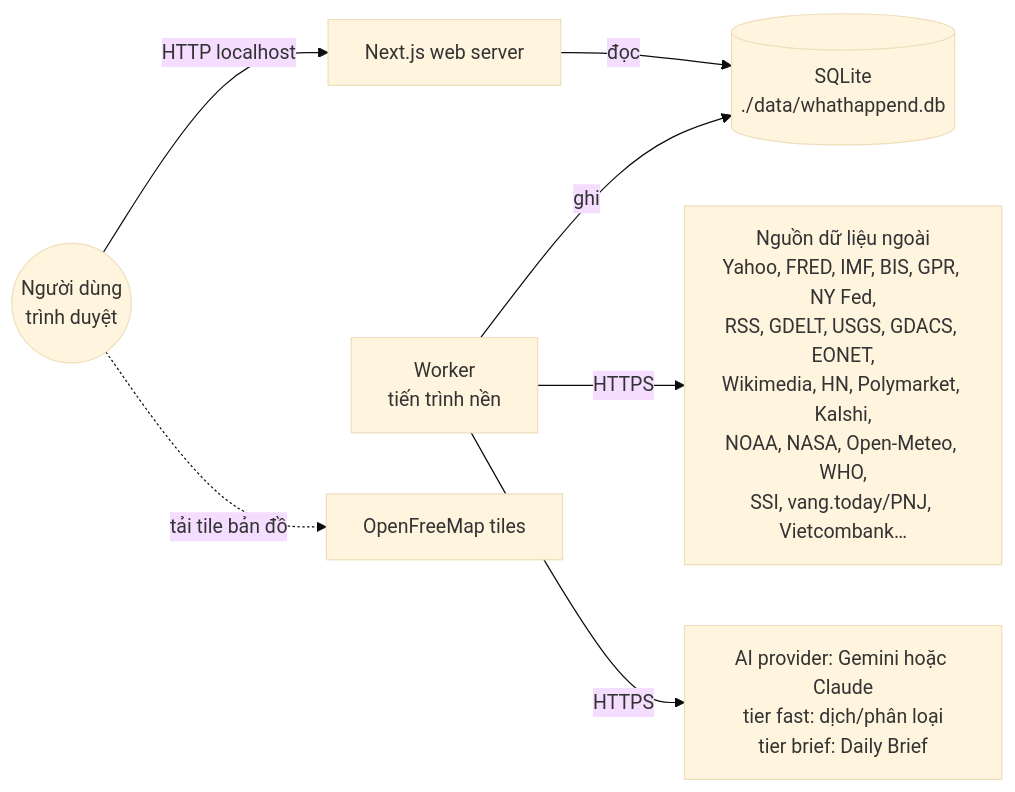
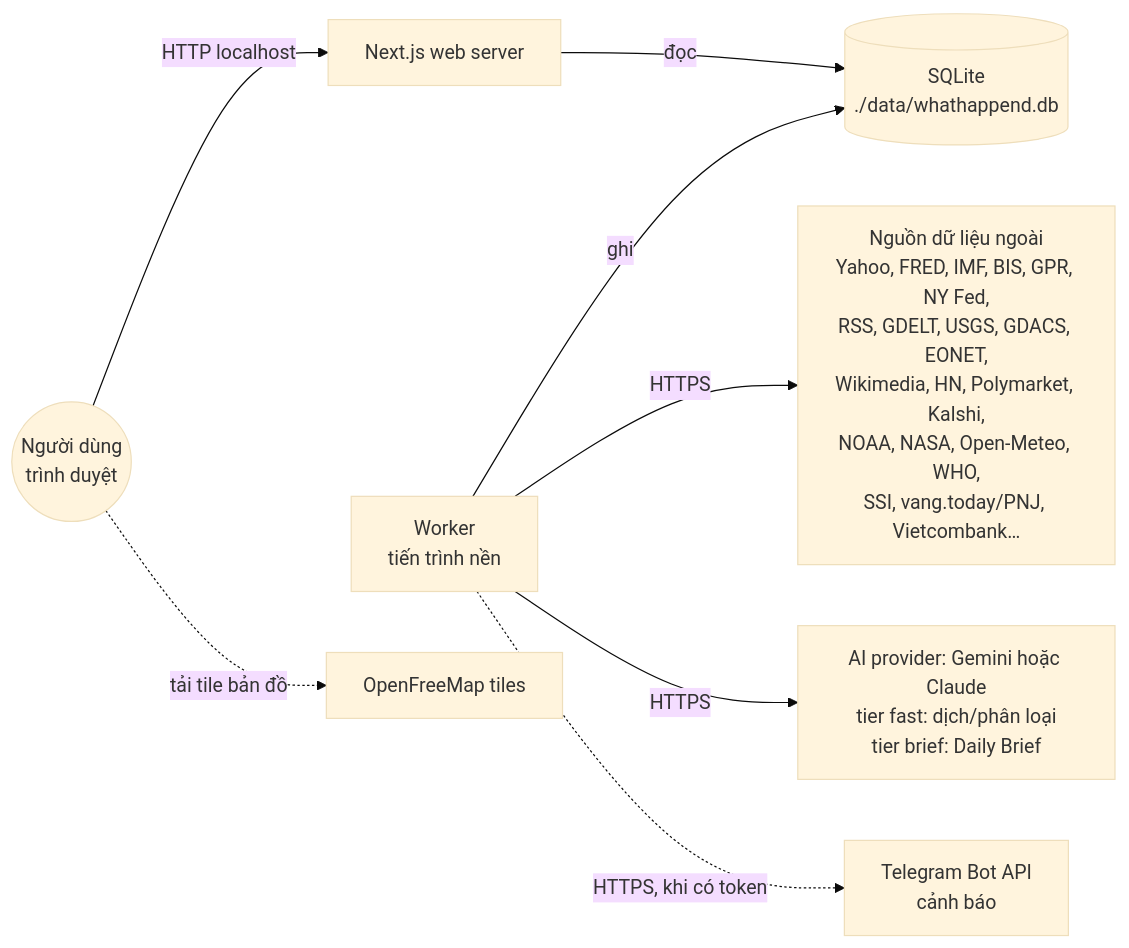
The diagram in TechDesign/HLDD/HLDD.md (leezuho/WhatHappend), drawn with Mermaid (base theme) before and after one commit. The commit also changed other lines of this file and 14 other files, not shown here.

````diff
--- a/TechDesign/HLDD/HLDD.md
+++ b/TechDesign/HLDD/HLDD.md
@@ -18,9 +18,10 @@
 ```mermaid
 flowchart LR
   U((Người dùng<br/>trình duyệt)) -->|HTTP localhost| WEB[Next.js web server]
   WEB -->|đọc| DB[(SQLite<br/>./data/whathappend.db)]
   WK[Worker<br/>tiến trình nền] -->|ghi| DB
   WK -->|HTTPS| EXT[Nguồn dữ liệu ngoài<br/>Yahoo, FRED, IMF, BIS, GPR, NY Fed,<br/>RSS, GDELT, USGS, GDACS, EONET,<br/>Wikimedia, HN, Polymarket, Kalshi,<br/>NOAA, NASA, Open-Meteo, WHO,<br/>SSI, vang.today/PNJ, Vietcombank…]
   WK -->|HTTPS| AI[AI provider: Gemini hoặc Claude<br/>tier fast: dịch/phân loại<br/>tier brief: Daily Brief]
+  WK -.->|HTTPS, khi có token| TG[Telegram Bot API<br/>cảnh báo]
   U -.->|tải tile bản đồ| TILES[OpenFreeMap tiles]
 ```
````
